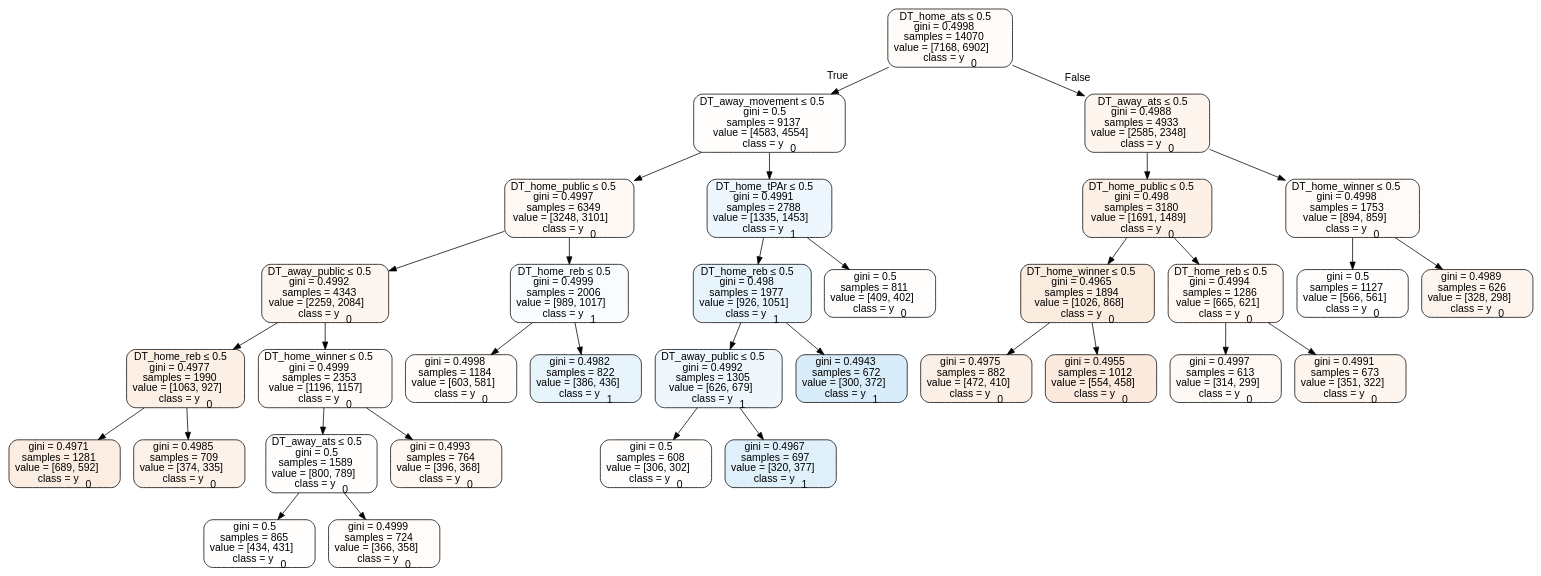
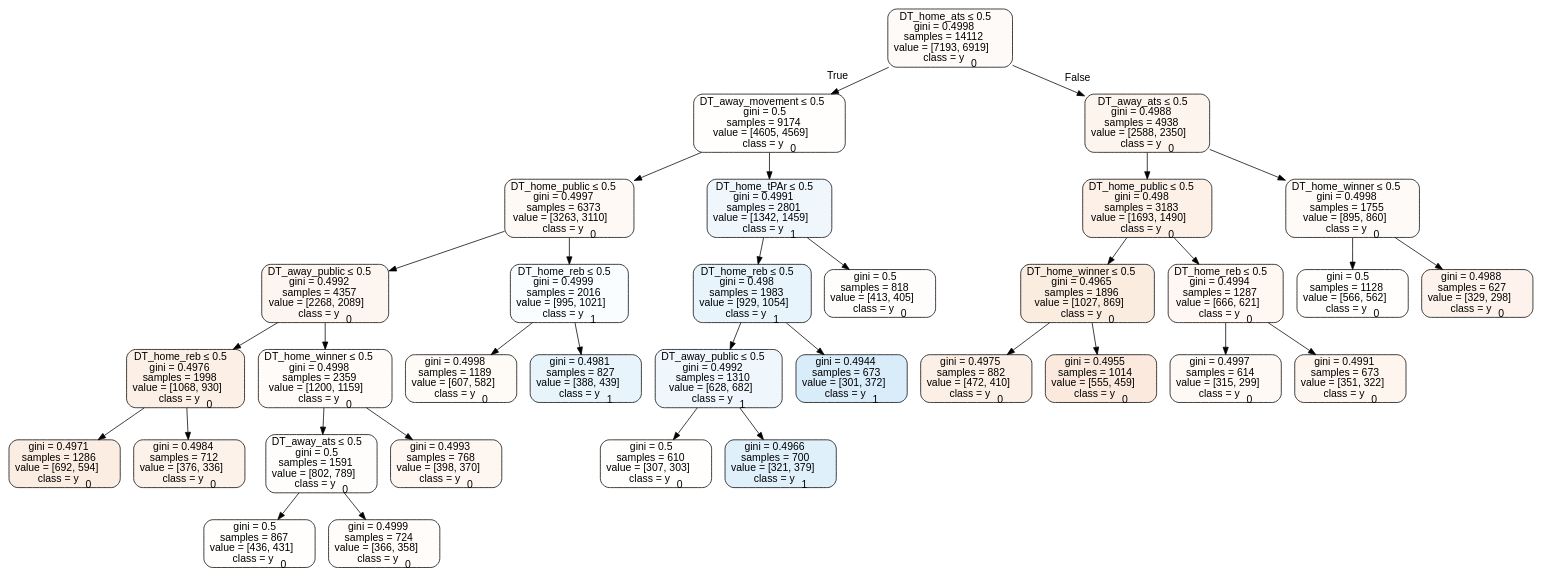
Before and after one commit to usbogie/ncaa-bets: the diagram in tree_data/tree2012home.dot, drawn with Graphviz. The commit also changed 20 other files, not shown here.

```diff
--- a/tree_data/tree2012home.dot
+++ b/tree_data/tree2012home.dot
@@ -1,69 +1,69 @@
 digraph Tree {
 node [shape=box, style="filled, rounded", color="black", fontname=helvetica] ;
 edge [fontname=helvetica] ;
-0 [label=<DT_home_ats &le; 0.5<br/>gini = 0.4998<br/>samples = 14070<br/>value = [7168, 6902]<br/>class = y<SUB>0</SUB>>, fillcolor="#e5813909"] ;
-1 [label=<DT_away_movement &le; 0.5<br/>gini = 0.5<br/>samples = 9137<br/>value = [4583, 4554]<br/>class = y<SUB>0</SUB>>, fillcolor="#e5813902"] ;
+0 [label=<DT_home_ats &le; 0.5<br/>gini = 0.4998<br/>samples = 14112<br/>value = [7193, 6919]<br/>class = y<SUB>0</SUB>>, fillcolor="#e581390a"] ;
+1 [label=<DT_away_movement &le; 0.5<br/>gini = 0.5<br/>samples = 9174<br/>value = [4605, 4569]<br/>class = y<SUB>0</SUB>>, fillcolor="#e5813902"] ;
 0 -> 1 [labeldistance=2.5, labelangle=45, headlabel="True"] ;
-2 [label=<DT_home_public &le; 0.5<br/>gini = 0.4997<br/>samples = 6349<br/>value = [3248, 3101]<br/>class = y<SUB>0</SUB>>, fillcolor="#e581390c"] ;
+2 [label=<DT_home_public &le; 0.5<br/>gini = 0.4997<br/>samples = 6373<br/>value = [3263, 3110]<br/>class = y<SUB>0</SUB>>, fillcolor="#e581390c"] ;
 1 -> 2 ;
-3 [label=<DT_away_public &le; 0.5<br/>gini = 0.4992<br/>samples = 4343<br/>value = [2259, 2084]<br/>class = y<SUB>0</SUB>>, fillcolor="#e5813914"] ;
+3 [label=<DT_away_public &le; 0.5<br/>gini = 0.4992<br/>samples = 4357<br/>value = [2268, 2089]<br/>class = y<SUB>0</SUB>>, fillcolor="#e5813914"] ;
 2 -> 3 ;
-4 [label=<DT_home_reb &le; 0.5<br/>gini = 0.4977<br/>samples = 1990<br/>value = [1063, 927]<br/>class = y<SUB>0</SUB>>, fillcolor="#e5813921"] ;
+4 [label=<DT_home_reb &le; 0.5<br/>gini = 0.4976<br/>samples = 1998<br/>value = [1068, 930]<br/>class = y<SUB>0</SUB>>, fillcolor="#e5813921"] ;
 3 -> 4 ;
-5 [label=<gini = 0.4971<br/>samples = 1281<br/>value = [689, 592]<br/>class = y<SUB>0</SUB>>, fillcolor="#e5813924"] ;
+5 [label=<gini = 0.4971<br/>samples = 1286<br/>value = [692, 594]<br/>class = y<SUB>0</SUB>>, fillcolor="#e5813924"] ;
 4 -> 5 ;
-6 [label=<gini = 0.4985<br/>samples = 709<br/>value = [374, 335]<br/>class = y<SUB>0</SUB>>, fillcolor="#e581391b"] ;
+6 [label=<gini = 0.4984<br/>samples = 712<br/>value = [376, 336]<br/>class = y<SUB>0</SUB>>, fillcolor="#e581391b"] ;
 4 -> 6 ;
-7 [label=<DT_home_winner &le; 0.5<br/>gini = 0.4999<br/>samples = 2353<br/>value = [1196, 1157]<br/>class = y<SUB>0</SUB>>, fillcolor="#e5813908"] ;
+7 [label=<DT_home_winner &le; 0.5<br/>gini = 0.4998<br/>samples = 2359<br/>value = [1200, 1159]<br/>class = y<SUB>0</SUB>>, fillcolor="#e5813909"] ;
 3 -> 7 ;
-8 [label=<DT_away_ats &le; 0.5<br/>gini = 0.5<br/>samples = 1589<br/>value = [800, 789]<br/>class = y<SUB>0</SUB>>, fillcolor="#e5813904"] ;
+8 [label=<DT_away_ats &le; 0.5<br/>gini = 0.5<br/>samples = 1591<br/>value = [802, 789]<br/>class = y<SUB>0</SUB>>, fillcolor="#e5813904"] ;
 7 -> 8 ;
-9 [label=<gini = 0.5<br/>samples = 865<br/>value = [434, 431]<br/>class = y<SUB>0</SUB>>, fillcolor="#e5813902"] ;
+9 [label=<gini = 0.5<br/>samples = 867<br/>value = [436, 431]<br/>class = y<SUB>0</SUB>>, fillcolor="#e5813903"] ;
 8 -> 9 ;
 10 [label=<gini = 0.4999<br/>samples = 724<br/>value = [366, 358]<br/>class = y<SUB>0</SUB>>, fillcolor="#e5813906"] ;
 8 -> 10 ;
-11 [label=<gini = 0.4993<br/>samples = 764<br/>value = [396, 368]<br/>class = y<SUB>0</SUB>>, fillcolor="#e5813912"] ;
+11 [label=<gini = 0.4993<br/>samples = 768<br/>value = [398, 370]<br/>class = y<SUB>0</SUB>>, fillcolor="#e5813912"] ;
 7 -> 11 ;
-12 [label=<DT_home_reb &le; 0.5<br/>gini = 0.4999<br/>samples = 2006<br/>value = [989, 1017]<br/>class = y<SUB>1</SUB>>, fillcolor="#399de507"] ;
+12 [label=<DT_home_reb &le; 0.5<br/>gini = 0.4999<br/>samples = 2016<br/>value = [995, 1021]<br/>class = y<SUB>1</SUB>>, fillcolor="#399de506"] ;
 2 -> 12 ;
-13 [label=<gini = 0.4998<br/>samples = 1184<br/>value = [603, 581]<br/>class = y<SUB>0</SUB>>, fillcolor="#e5813909"] ;
+13 [label=<gini = 0.4998<br/>samples = 1189<br/>value = [607, 582]<br/>class = y<SUB>0</SUB>>, fillcolor="#e581390b"] ;
 12 -> 13 ;
-14 [label=<gini = 0.4982<br/>samples = 822<br/>value = [386, 436]<br/>class = y<SUB>1</SUB>>, fillcolor="#399de51d"] ;
+14 [label=<gini = 0.4981<br/>samples = 827<br/>value = [388, 439]<br/>class = y<SUB>1</SUB>>, fillcolor="#399de51e"] ;
 12 -> 14 ;
-15 [label=<DT_home_tPAr &le; 0.5<br/>gini = 0.4991<br/>samples = 2788<br/>value = [1335, 1453]<br/>class = y<SUB>1</SUB>>, fillcolor="#399de515"] ;
+15 [label=<DT_home_tPAr &le; 0.5<br/>gini = 0.4991<br/>samples = 2801<br/>value = [1342, 1459]<br/>class = y<SUB>1</SUB>>, fillcolor="#399de514"] ;
 1 -> 15 ;
-16 [label=<DT_home_reb &le; 0.5<br/>gini = 0.498<br/>samples = 1977<br/>value = [926, 1051]<br/>class = y<SUB>1</SUB>>, fillcolor="#399de51e"] ;
+16 [label=<DT_home_reb &le; 0.5<br/>gini = 0.498<br/>samples = 1983<br/>value = [929, 1054]<br/>class = y<SUB>1</SUB>>, fillcolor="#399de51e"] ;
 15 -> 16 ;
-17 [label=<DT_away_public &le; 0.5<br/>gini = 0.4992<br/>samples = 1305<br/>value = [626, 679]<br/>class = y<SUB>1</SUB>>, fillcolor="#399de514"] ;
+17 [label=<DT_away_public &le; 0.5<br/>gini = 0.4992<br/>samples = 1310<br/>value = [628, 682]<br/>class = y<SUB>1</SUB>>, fillcolor="#399de514"] ;
 16 -> 17 ;
-18 [label=<gini = 0.5<br/>samples = 608<br/>value = [306, 302]<br/>class = y<SUB>0</SUB>>, fillcolor="#e5813903"] ;
+18 [label=<gini = 0.5<br/>samples = 610<br/>value = [307, 303]<br/>class = y<SUB>0</SUB>>, fillcolor="#e5813903"] ;
 17 -> 18 ;
-19 [label=<gini = 0.4967<br/>samples = 697<br/>value = [320, 377]<br/>class = y<SUB>1</SUB>>, fillcolor="#399de527"] ;
+19 [label=<gini = 0.4966<br/>samples = 700<br/>value = [321, 379]<br/>class = y<SUB>1</SUB>>, fillcolor="#399de527"] ;
 17 -> 19 ;
-20 [label=<gini = 0.4943<br/>samples = 672<br/>value = [300, 372]<br/>class = y<SUB>1</SUB>>, fillcolor="#399de531"] ;
+20 [label=<gini = 0.4944<br/>samples = 673<br/>value = [301, 372]<br/>class = y<SUB>1</SUB>>, fillcolor="#399de531"] ;
 16 -> 20 ;
-21 [label=<gini = 0.5<br/>samples = 811<br/>value = [409, 402]<br/>class = y<SUB>0</SUB>>, fillcolor="#e5813904"] ;
+21 [label=<gini = 0.5<br/>samples = 818<br/>value = [413, 405]<br/>class = y<SUB>0</SUB>>, fillcolor="#e5813905"] ;
 15 -> 21 ;
-22 [label=<DT_away_ats &le; 0.5<br/>gini = 0.4988<br/>samples = 4933<br/>value = [2585, 2348]<br/>class = y<SUB>0</SUB>>, fillcolor="#e5813917"] ;
+22 [label=<DT_away_ats &le; 0.5<br/>gini = 0.4988<br/>samples = 4938<br/>value = [2588, 2350]<br/>class = y<SUB>0</SUB>>, fillcolor="#e5813917"] ;
 0 -> 22 [labeldistance=2.5, labelangle=-45, headlabel="False"] ;
-23 [label=<DT_home_public &le; 0.5<br/>gini = 0.498<br/>samples = 3180<br/>value = [1691, 1489]<br/>class = y<SUB>0</SUB>>, fillcolor="#e581391e"] ;
+23 [label=<DT_home_public &le; 0.5<br/>gini = 0.498<br/>samples = 3183<br/>value = [1693, 1490]<br/>class = y<SUB>0</SUB>>, fillcolor="#e581391f"] ;
 22 -> 23 ;
-24 [label=<DT_home_winner &le; 0.5<br/>gini = 0.4965<br/>samples = 1894<br/>value = [1026, 868]<br/>class = y<SUB>0</SUB>>, fillcolor="#e5813927"] ;
+24 [label=<DT_home_winner &le; 0.5<br/>gini = 0.4965<br/>samples = 1896<br/>value = [1027, 869]<br/>class = y<SUB>0</SUB>>, fillcolor="#e5813927"] ;
 23 -> 24 ;
 25 [label=<gini = 0.4975<br/>samples = 882<br/>value = [472, 410]<br/>class = y<SUB>0</SUB>>, fillcolor="#e5813921"] ;
 24 -> 25 ;
-26 [label=<gini = 0.4955<br/>samples = 1012<br/>value = [554, 458]<br/>class = y<SUB>0</SUB>>, fillcolor="#e581392c"] ;
+26 [label=<gini = 0.4955<br/>samples = 1014<br/>value = [555, 459]<br/>class = y<SUB>0</SUB>>, fillcolor="#e581392c"] ;
 24 -> 26 ;
-27 [label=<DT_home_reb &le; 0.5<br/>gini = 0.4994<br/>samples = 1286<br/>value = [665, 621]<br/>class = y<SUB>0</SUB>>, fillcolor="#e5813911"] ;
+27 [label=<DT_home_reb &le; 0.5<br/>gini = 0.4994<br/>samples = 1287<br/>value = [666, 621]<br/>class = y<SUB>0</SUB>>, fillcolor="#e5813911"] ;
 23 -> 27 ;
-28 [label=<gini = 0.4997<br/>samples = 613<br/>value = [314, 299]<br/>class = y<SUB>0</SUB>>, fillcolor="#e581390c"] ;
+28 [label=<gini = 0.4997<br/>samples = 614<br/>value = [315, 299]<br/>class = y<SUB>0</SUB>>, fillcolor="#e581390d"] ;
 27 -> 28 ;
 29 [label=<gini = 0.4991<br/>samples = 673<br/>value = [351, 322]<br/>class = y<SUB>0</SUB>>, fillcolor="#e5813915"] ;
 27 -> 29 ;
-30 [label=<DT_home_winner &le; 0.5<br/>gini = 0.4998<br/>samples = 1753<br/>value = [894, 859]<br/>class = y<SUB>0</SUB>>, fillcolor="#e581390a"] ;
+30 [label=<DT_home_winner &le; 0.5<br/>gini = 0.4998<br/>samples = 1755<br/>value = [895, 860]<br/>class = y<SUB>0</SUB>>, fillcolor="#e581390a"] ;
 22 -> 30 ;
-31 [label=<gini = 0.5<br/>samples = 1127<br/>value = [566, 561]<br/>class = y<SUB>0</SUB>>, fillcolor="#e5813902"] ;
+31 [label=<gini = 0.5<br/>samples = 1128<br/>value = [566, 562]<br/>class = y<SUB>0</SUB>>, fillcolor="#e5813902"] ;
 30 -> 31 ;
-32 [label=<gini = 0.4989<br/>samples = 626<br/>value = [328, 298]<br/>class = y<SUB>0</SUB>>, fillcolor="#e5813917"] ;
+32 [label=<gini = 0.4988<br/>samples = 627<br/>value = [329, 298]<br/>class = y<SUB>0</SUB>>, fillcolor="#e5813918"] ;
 30 -> 32 ;
 }
```
